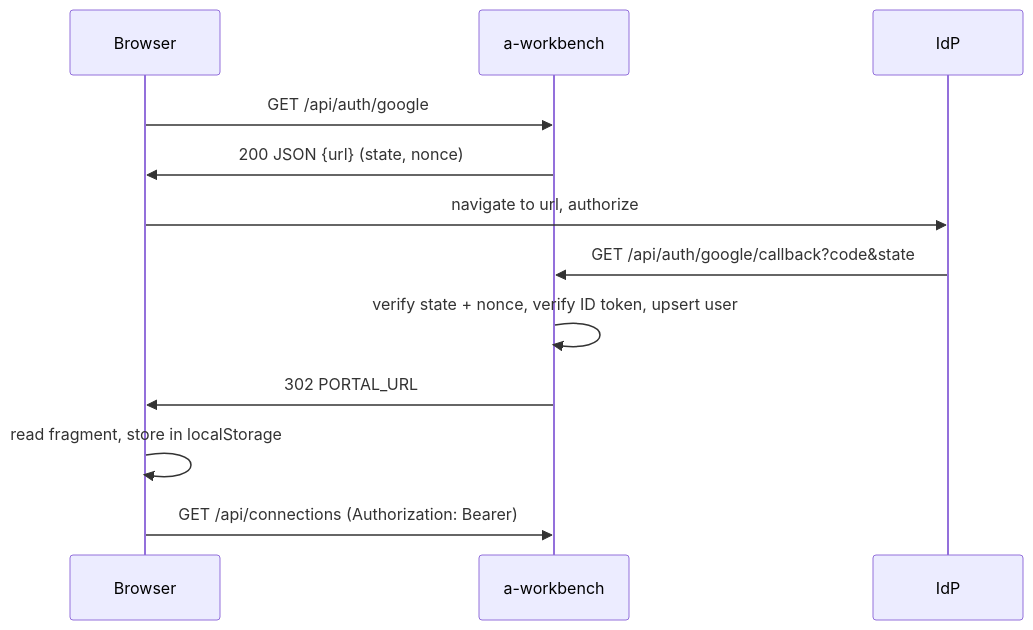
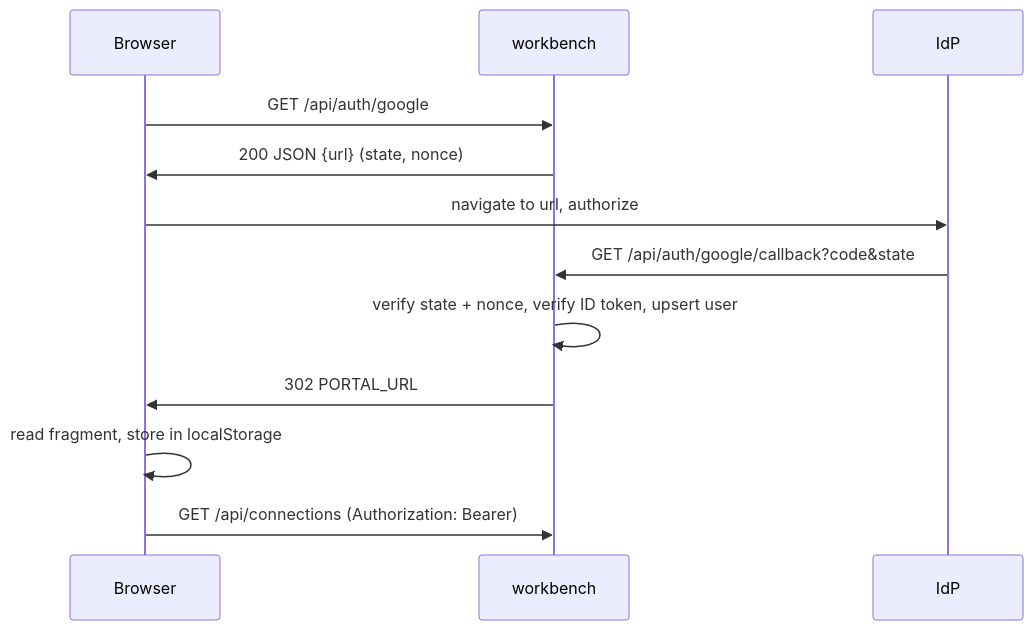
One commit to barockok/workbench changed the diagram in docs/site/_content/deploy/portal-sso.md. Above: the diagram before and after it, drawn with Mermaid. The commit also changed other lines of this file and 101 other files, not shown here.

````diff
--- a/docs/site/_content/deploy/portal-sso.md
+++ b/docs/site/_content/deploy/portal-sso.md
@@ -103,14 +103,14 @@
 ```mermaid
 sequenceDiagram
   participant B as Browser
-  participant S as a-workbench
+  participant S as workbench
   participant I as IdP
   B->>S: GET /api/auth/google
   S->>B: 200 JSON {url} (state, nonce)
   B->>I: navigate to url, authorize
   I->>S: GET /api/auth/google/callback?code&state
   S->>S: verify state + nonce, verify ID token, upsert user
   S->>B: 302 PORTAL_URL#token=<session JWT>
   B->>B: read fragment, store in localStorage
   B->>S: GET /api/connections (Authorization: Bearer)
 ```
````
